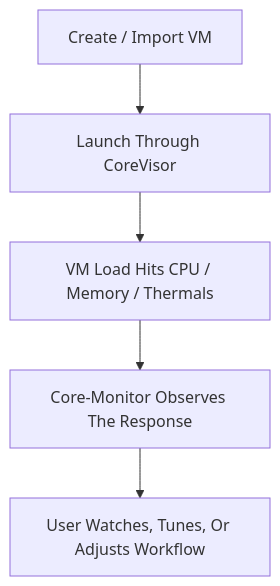
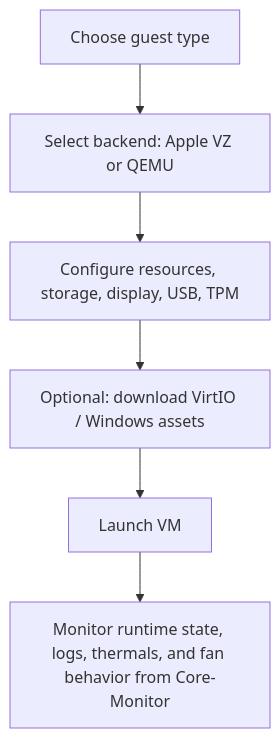
One commit to offyotto/Core-Monitor changed the fourth of 4 diagrams in README.md. Above: the diagram before and after it, drawn with Mermaid. The commit also changed other lines of this file, not shown here.

````diff
--- a/README.md
+++ b/README.md
@@ -550,7 +593,8 @@
 ```mermaid
 flowchart TD
-    A["Create / Import VM"] --> B["Launch Through CoreVisor"]
-    B --> C["VM Load Hits CPU / Memory / Thermals"]
-    C --> D["Core-Monitor Observes The Response"]
-    D --> E["User Watches, Tunes, Or Adjusts Workflow"]
+    A["Choose guest type"] --> B["Select backend: Apple VZ or QEMU"]
+    B --> C["Configure resources, storage, display, USB, TPM"]
+    C --> D["Optional: download VirtIO / Windows assets"]
+    D --> E["Launch VM"]
+    E --> F["Monitor runtime state, logs, thermals, and fan behavior from Core-Monitor"]
 ```
````
